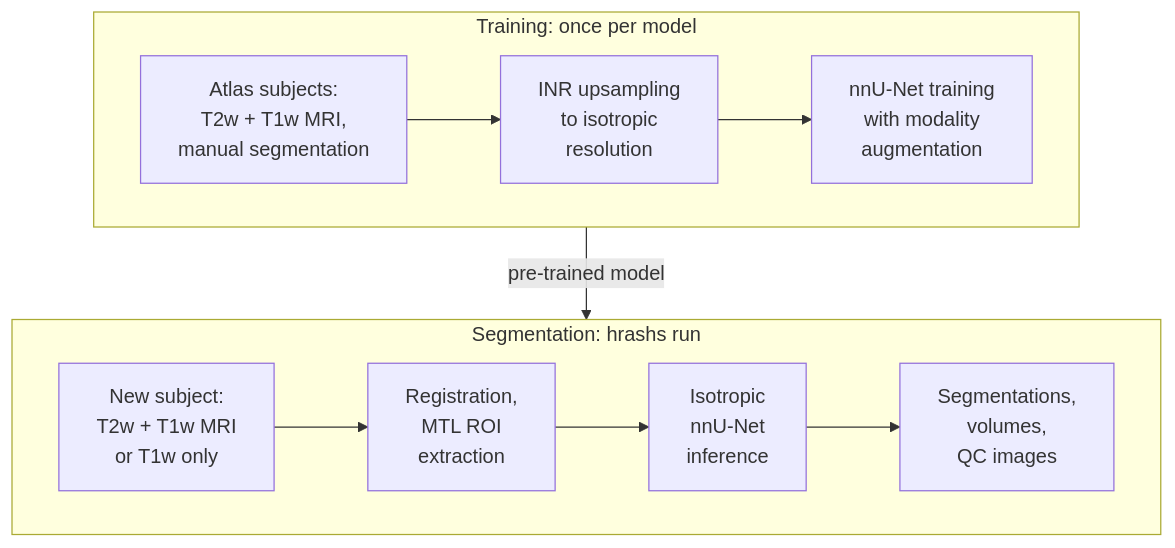
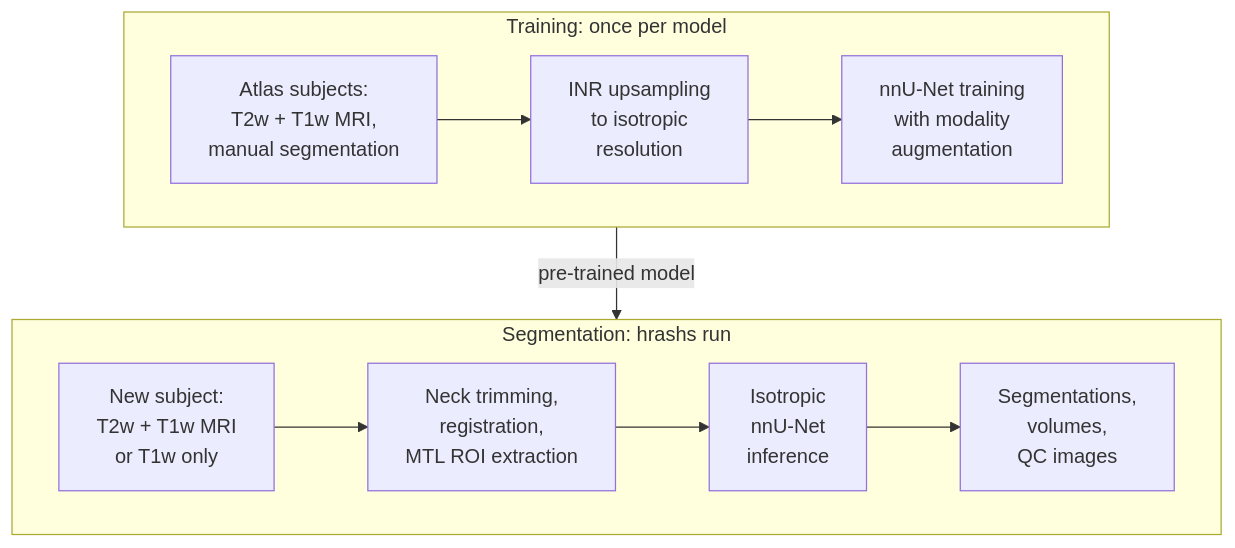
Before and after one commit to pyushkevich/ashs-website: the diagram in docs/hyperashs/index.md, drawn with Mermaid. The commit also changed other lines of this file and 11 other files, not shown here.

First line of the commit message:
Mention neck trimming, CRASHS, HSG protocol and ITK-SNAP 4.6

````diff
--- a/docs/hyperashs/index.md
+++ b/docs/hyperashs/index.md
@@ -28,12 +28,12 @@
 ```mermaid
 flowchart TB
   subgraph T["Training: once per model"]
     direction LR
     A["Atlas subjects:<br/>T2w + T1w MRI,<br/>manual segmentation"] --> B["INR upsampling<br/>to isotropic<br/>resolution"] --> C["nnU-Net training<br/>with modality<br/>augmentation"]
   end
   subgraph S["Segmentation: hrashs run"]
     direction LR
-    D["New subject:<br/>T2w + T1w MRI<br/>or T1w only"] --> E["Registration,<br/>MTL ROI<br/>extraction"] --> F["Isotropic<br/>nnU-Net<br/>inference"] --> G["Segmentations,<br/>volumes,<br/>QC images"]
+    D["New subject:<br/>T2w + T1w MRI<br/>or T1w only"] --> E["Neck trimming,<br/>registration,<br/>MTL ROI extraction"] --> F["Isotropic<br/>nnU-Net<br/>inference"] --> G["Segmentations,<br/>volumes,<br/>QC images"]
   end
   T -- "pre-trained model" --> S
 ```
````
